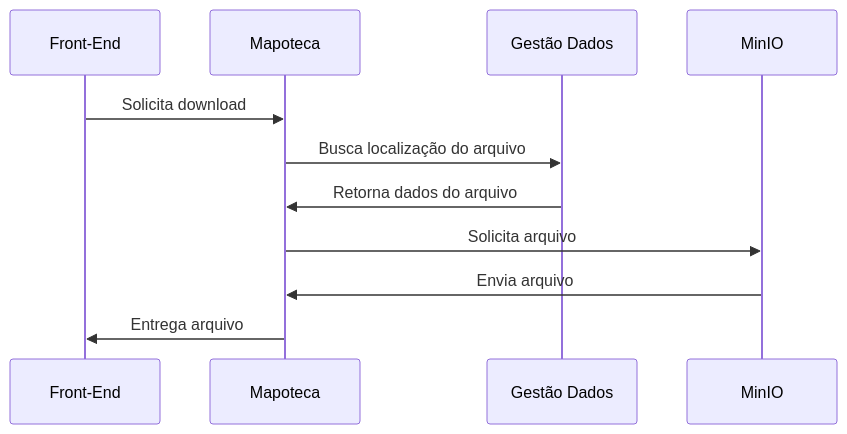
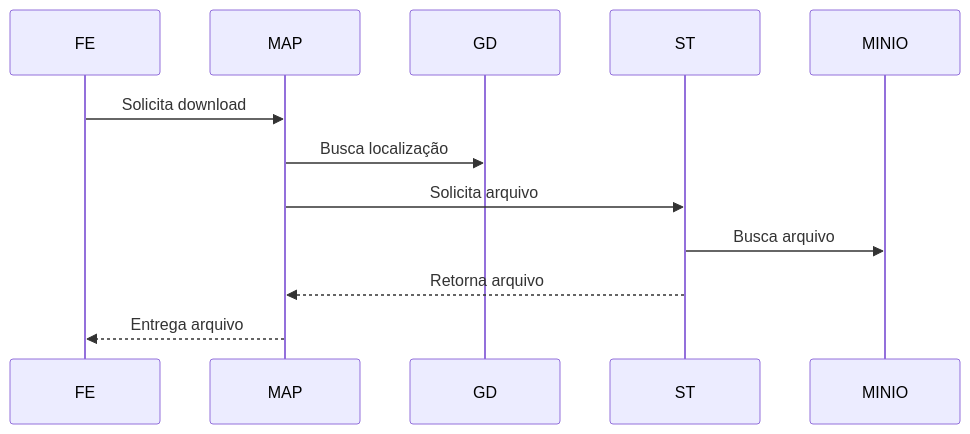
Before and after one commit to ChrysAlves/microservico-mapoteca: the third of 4 diagrams in README.md, drawn with Mermaid. The commit also changed other lines of this file and 44 other files, not shown here.

````diff
--- a/README.md
+++ b/README.md
@@ -82,14 +90,9 @@
 ```mermaid
 sequenceDiagram
-    participant FE as Front-End
-    participant MAP as Mapoteca
-    participant GD as Gestão Dados
-    participant MIN as MinIO
-
     FE->>MAP: Solicita download
-    MAP->>GD: Busca localização do arquivo
-    GD->>MAP: Retorna dados do arquivo
-    MAP->>MIN: Solicita arquivo
-    MIN->>MAP: Envia arquivo
-    MAP->>FE: Entrega arquivo
+    MAP->>GD: Busca localização
+    MAP->>ST: Solicita arquivo
+    ST->>MINIO: Busca arquivo
+    ST-->>MAP: Retorna arquivo
+    MAP-->>FE: Entrega arquivo
 ```
````
